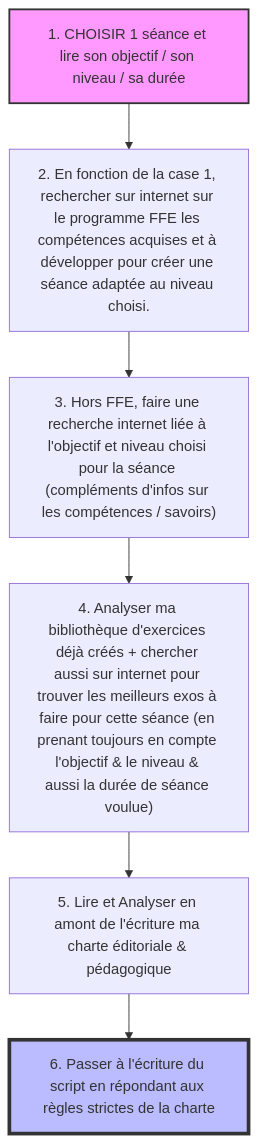
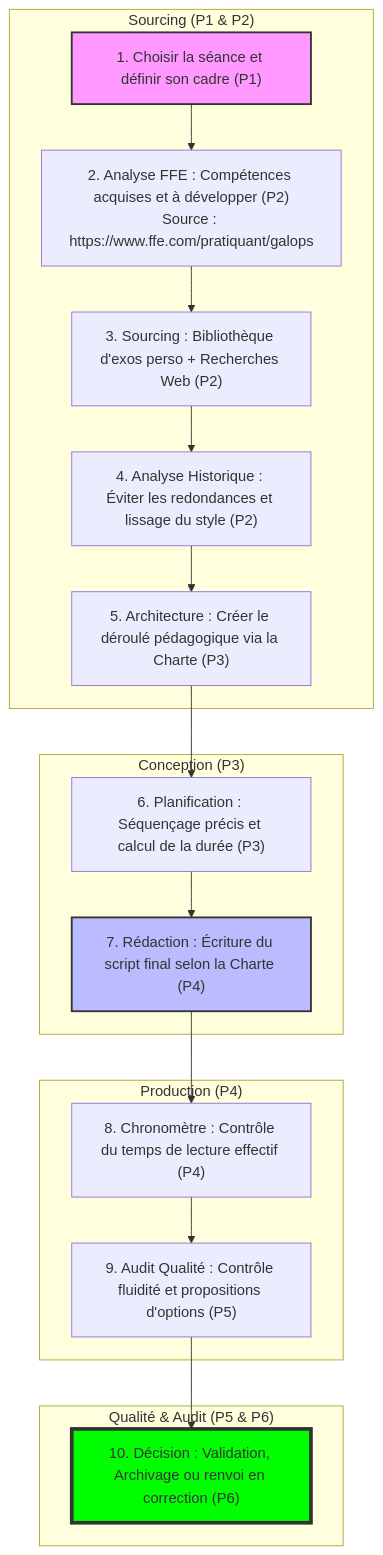
The diagram in 03_CONCEPTION_TECHNIQUE/AGENTS_IA/CHAINE_DE_REFLEXION_SCRIPT.md (lisnou/maquette), drawn with Mermaid before and after one commit.

Commit message:
Mise à jour Chaîne de Réflexion : 10 bulles synchronisées et URL FFE ajoutée

````diff
--- a/03_CONCEPTION_TECHNIQUE/AGENTS_IA/CHAINE_DE_REFLEXION_SCRIPT.md
+++ b/03_CONCEPTION_TECHNIQUE/AGENTS_IA/CHAINE_DE_REFLEXION_SCRIPT.md
@@ -5,12 +5,28 @@
 ```mermaid
 graph TD
-    1["1. CHOISIR 1 séance et lire son objectif / son niveau / sa durée"] --> 2
-    2["2. En fonction de la case 1, rechercher sur internet sur le programme FFE les compétences acquises et à développer pour créer une séance adaptée au niveau choisi."] --> 3
-    3["3. Hors FFE, faire une recherche internet liée à l'objectif et niveau choisi pour la séance (compléments d'infos sur les compétences / savoirs)"] --> 4
-    4["4. Analyser ma bibliothèque d'exercices déjà créés + chercher aussi sur internet pour trouver les meilleurs exos à faire pour cette séance (en prenant toujours en compte l'objectif & le niveau & aussi la durée de séance voulue)"] --> 5
-    5["5. Lire et Analyser en amont de l'écriture ma charte éditoriale & pédagogique"] --> 6
-    6["6. Passer à l'écriture du script en répondant aux règles strictes de la charte"]
+    subgraph "Sourcing (P1 & P2)"
+    1["1. Choisir la séance et définir son cadre (P1)"] --> 2
+    2["2. Analyse FFE : Compétences acquises et à développer (P2)<br/>Source : https://www.ffe.com/pratiquant/galops"] --> 3
+    3["3. Sourcing : Bibliothèque d'exos perso + Recherches Web (P2)"] --> 4
+    4["4. Analyse Historique : Éviter les redondances et lissage du style (P2)"] --> 5
+    end
+
+    subgraph "Conception (P3)"
+    5["5. Architecture : Créer le déroulé pédagogique via la Charte (P3)"] --> 6
+    6["6. Planification : Séquençage précis et calcul de la durée (P3)"] --> 7
+    end
+
+    subgraph "Production (P4)"
+    7["7. Rédaction : Écriture du script final selon la Charte (P4)"] --> 8
+    8["8. Chronomètre : Contrôle du temps de lecture effectif (P4)"] --> 9
+    end
+
+    subgraph "Qualité & Audit (P5 & P6)"
+    9["9. Audit Qualité : Contrôle fluidité et propositions d'options (P5)"] --> 10
+    10["10. Décision : Validation, Archivage ou renvoi en correction (P6)"]
+    end
 
     style 1 fill:#f9f,stroke:#333,stroke-width:2px
-    style 6 fill:#bbf,stroke:#333,stroke-width:4px
+    style 7 fill:#bbf,stroke:#333,stroke-width:2px
+    style 10 fill:#00ff00,stroke:#333,stroke-width:4px
 ```
````
